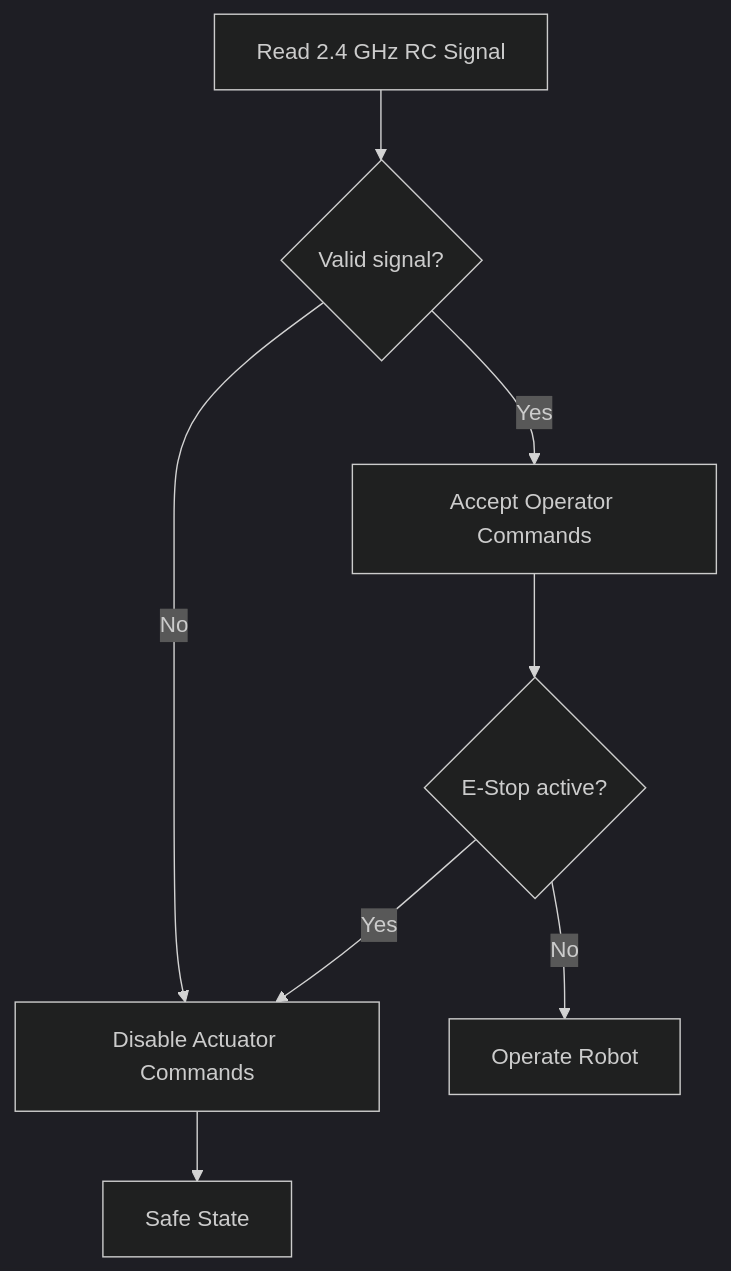
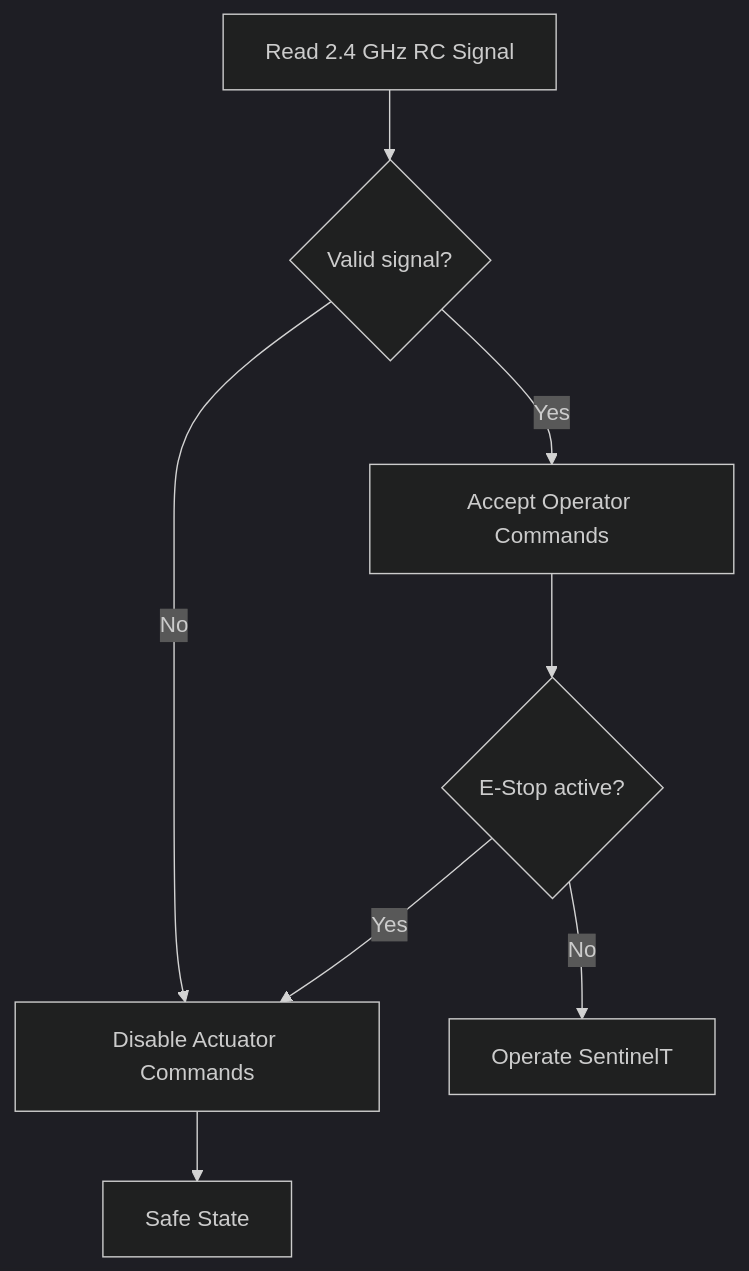
Before and after one commit to Izeey007/SentinelT: the third of 3 diagrams in Designs/Schematics/SentinelT_Power_and_EStop.md, drawn with Mermaid (dark theme). The commit also changed other lines of this file, not shown here.

Commit message:
Update SentinelT power and E-Stop architecture wording

````diff
--- a/Designs/Schematics/SentinelT_Power_and_EStop.md
+++ b/Designs/Schematics/SentinelT_Power_and_EStop.md
@@ -74,10 +76,10 @@
 ```mermaid
 flowchart TD
     A[Read 2.4 GHz RC Signal] --> B{Valid signal?}
     B -->|Yes| C[Accept Operator Commands]
     B -->|No| D[Disable Actuator Commands]
     D --> E[Safe State]
     C --> F{E-Stop active?}
     F -->|Yes| D
-    F -->|No| G[Operate Robot]
+    F -->|No| G[Operate SentinelT]
 ```
````
